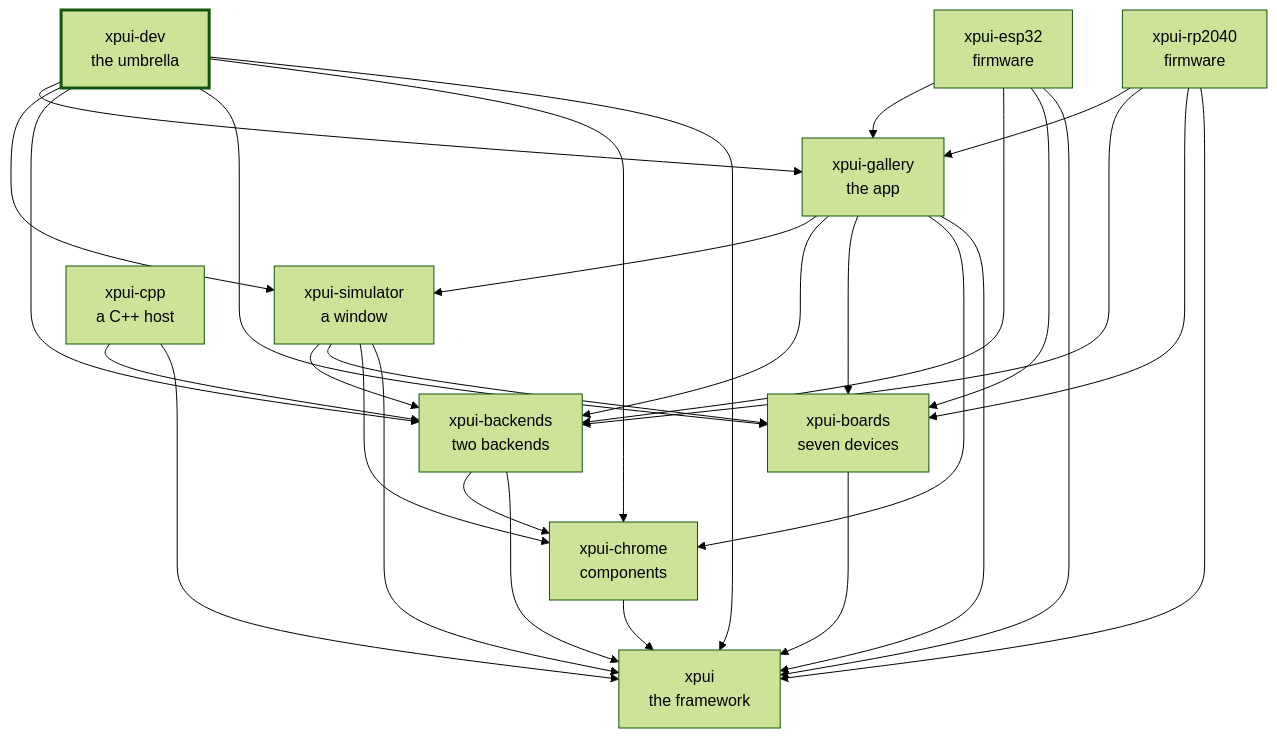
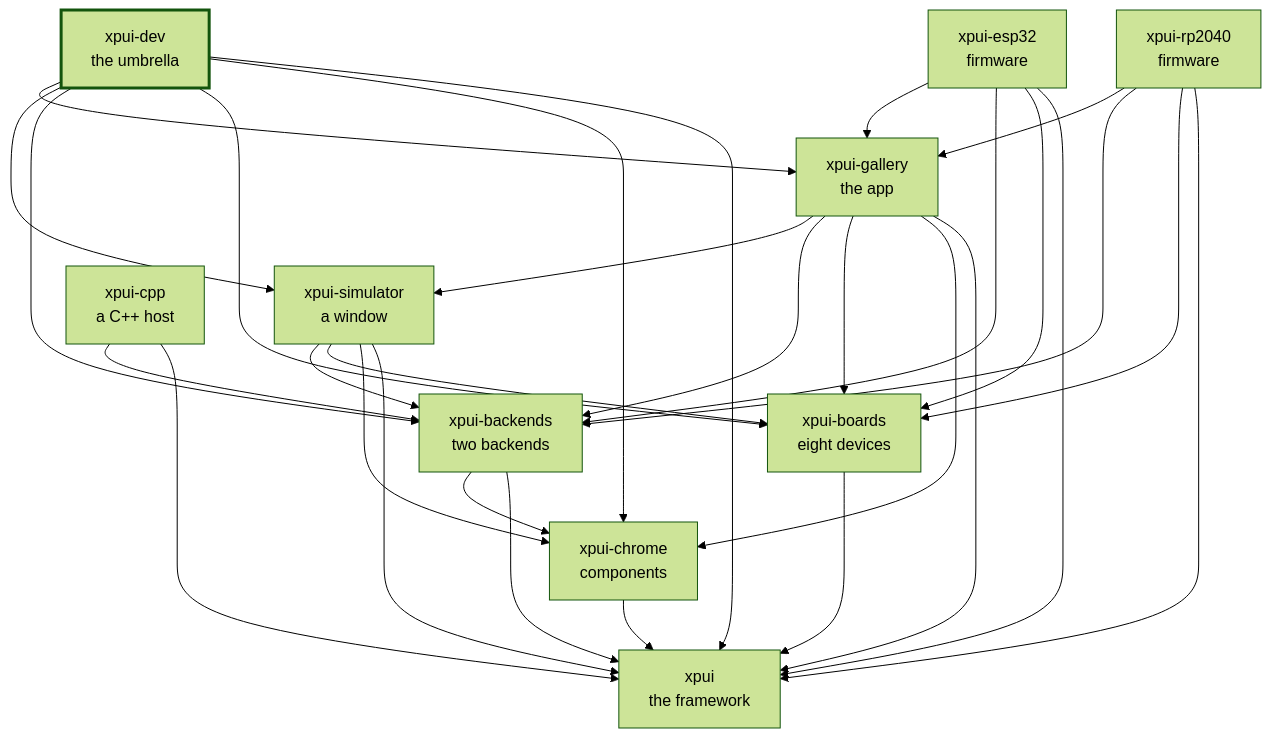
One commit to XPUI-Framework/xpui-dev changed the diagram in README.md. Above: the diagram before and after it, drawn with Mermaid (forest theme). The commit also changed 3 other files, not shown here.

````diff
--- a/README.md
+++ b/README.md
@@ -75,43 +75,43 @@
 ```mermaid
 flowchart TD
   xpui["xpui<br/>the framework"]
   chrome["xpui-chrome<br/>components"]
-  boards["xpui-boards<br/>seven devices"]
+  boards["xpui-boards<br/>eight devices"]
   backends["xpui-backends<br/>two backends"]
   simulator["xpui-simulator<br/>a window"]
   gallery["xpui-gallery<br/>the app"]
   rp2040["xpui-rp2040<br/>firmware"]
   esp32["xpui-esp32<br/>firmware"]
   cpp["xpui-cpp<br/>a C++ host"]
   dev["xpui-dev<br/>the umbrella"]
   chrome --> xpui
   boards --> xpui
   backends --> xpui
   backends --> chrome
   simulator --> xpui
   simulator --> chrome
   simulator --> boards
   simulator --> backends
   gallery --> xpui
   gallery --> chrome
   gallery --> boards
   gallery --> backends
   gallery --> simulator
   rp2040 --> xpui
   rp2040 --> boards
   rp2040 --> backends
   rp2040 --> gallery
   esp32 --> xpui
   esp32 --> boards
   esp32 --> backends
   esp32 --> gallery
   cpp --> xpui
   cpp --> backends
   dev --> xpui
   dev --> chrome
   dev --> boards
   dev --> backends
   dev --> simulator
   dev --> gallery
   style dev stroke-width:3px
 ```
````
